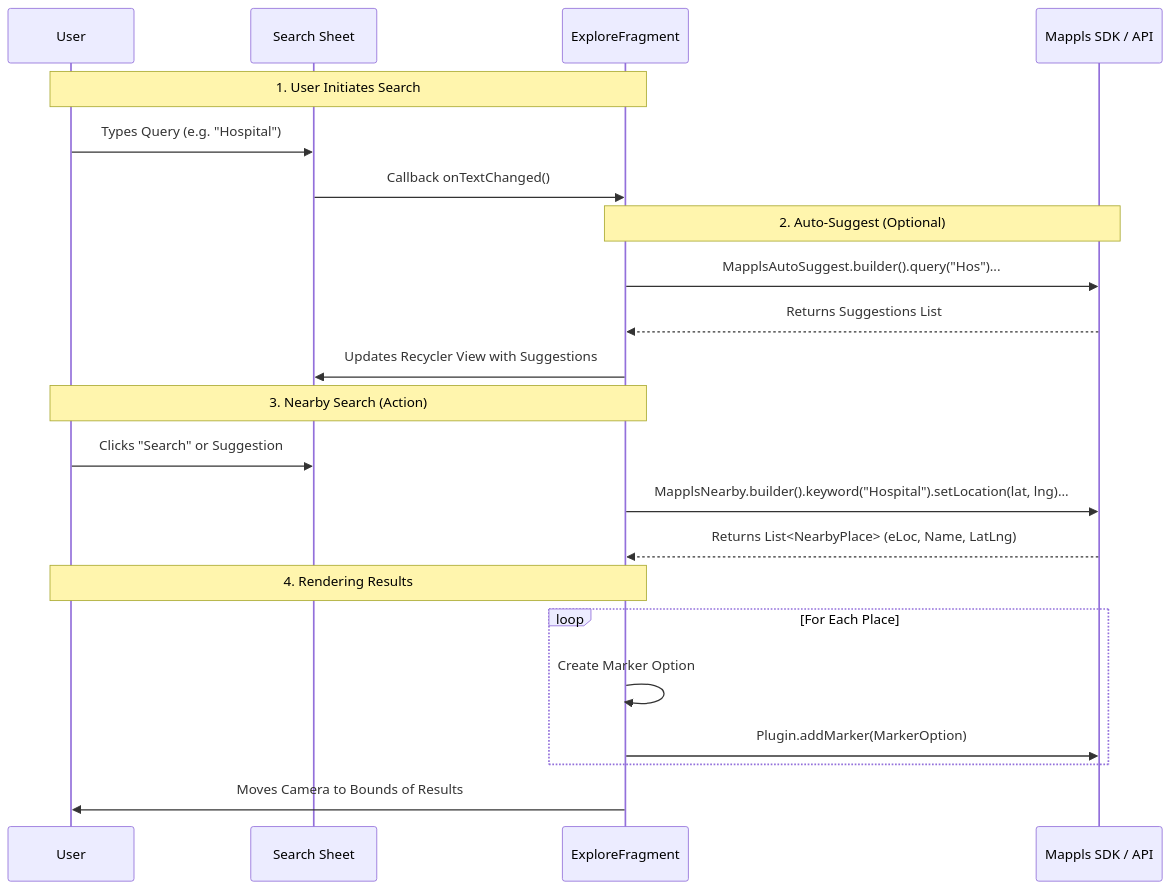
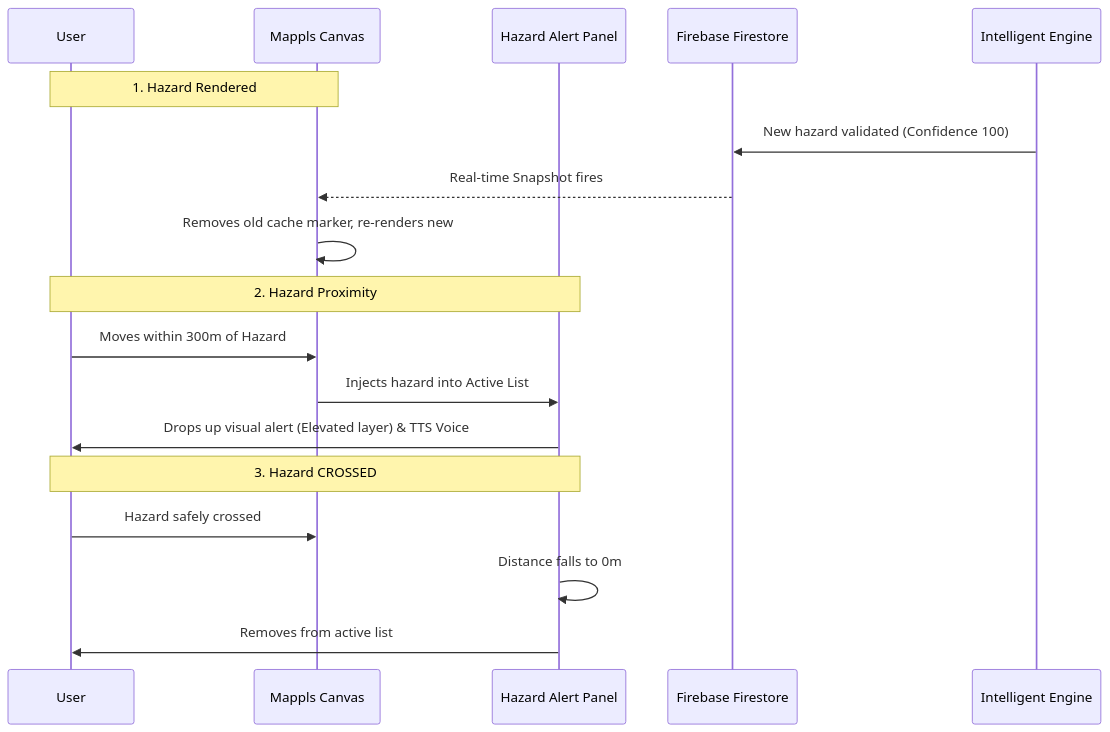
The second of 2 diagrams in documentation/explore_architecture_flowchart.md (roshan-melvin/Mapzy), drawn with Mermaid before and after one commit. The commit also changed other lines of this file and 18 other files, not shown here.

First line of the commit message:
feat(map): implement real-time hazard marker syncing and visual alert fixes

````diff
--- a/documentation/explore_architecture_flowchart.md
+++ b/documentation/explore_architecture_flowchart.md
@@ -25,28 +30,23 @@
 ```mermaid
 sequenceDiagram
     participant User
-    participant SearchUI as Search Sheet
-    participant App as ExploreFragment
-    participant Mappls as Mappls SDK / API
+    participant MapUI as Mappls Canvas
+    participant AlertPanel as Hazard Alert Panel
+    participant Firebase as Firebase Firestore
+    participant Engine as Intelligent Engine
     
-    Note over User, App: 1. User Initiates Search
-    User->>SearchUI: Types Query (e.g. "Hospital")
-    SearchUI->>App: Callback onTextChanged()
+    Note over User, MapUI: 1. Hazard Rendered
+    Engine->>Firebase: New hazard validated (Confidence 100)
+    Firebase-->>MapUI: Real-time Snapshot fires
+    MapUI->>MapUI: Removes old cache marker, re-renders new
+
+    Note over User, AlertPanel: 2. Hazard Proximity
+    User->>MapUI: Moves within 300m of Hazard
+    MapUI->>AlertPanel: Injects hazard into Active List
+    AlertPanel->>User: Drops up visual alert (Elevated layer) & TTS Voice
     
-    Note over App, Mappls: 2. Auto-Suggest (Optional)
-    App->>Mappls: MapplsAutoSuggest.builder().query("Hos")...
-    Mappls-->>App: Returns Suggestions List
-    App->>SearchUI: Updates Recycler View with Suggestions
-    
-    Note over User, App: 3. Nearby Search (Action)
-    User->>SearchUI: Clicks "Search" or Suggestion
-    App->>Mappls: MapplsNearby.builder().keyword("Hospital").setLocation(lat, lng)...
-    Mappls-->>App: Returns List<NearbyPlace> (eLoc, Name, LatLng)
-    
-    Note over App, User: 4. Rendering Results
-    loop For Each Place
-        App->>App: Create Marker Option
-        App->>Mappls: Plugin.addMarker(MarkerOption)
-    end
-    App->>User: Moves Camera to Bounds of Results
+    Note over User, AlertPanel: 3. Hazard CROSSED
+    User->>MapUI: Hazard safely crossed
+    AlertPanel->>AlertPanel: Distance falls to 0m
+    AlertPanel->>User: Removes from active list
 ```
````
